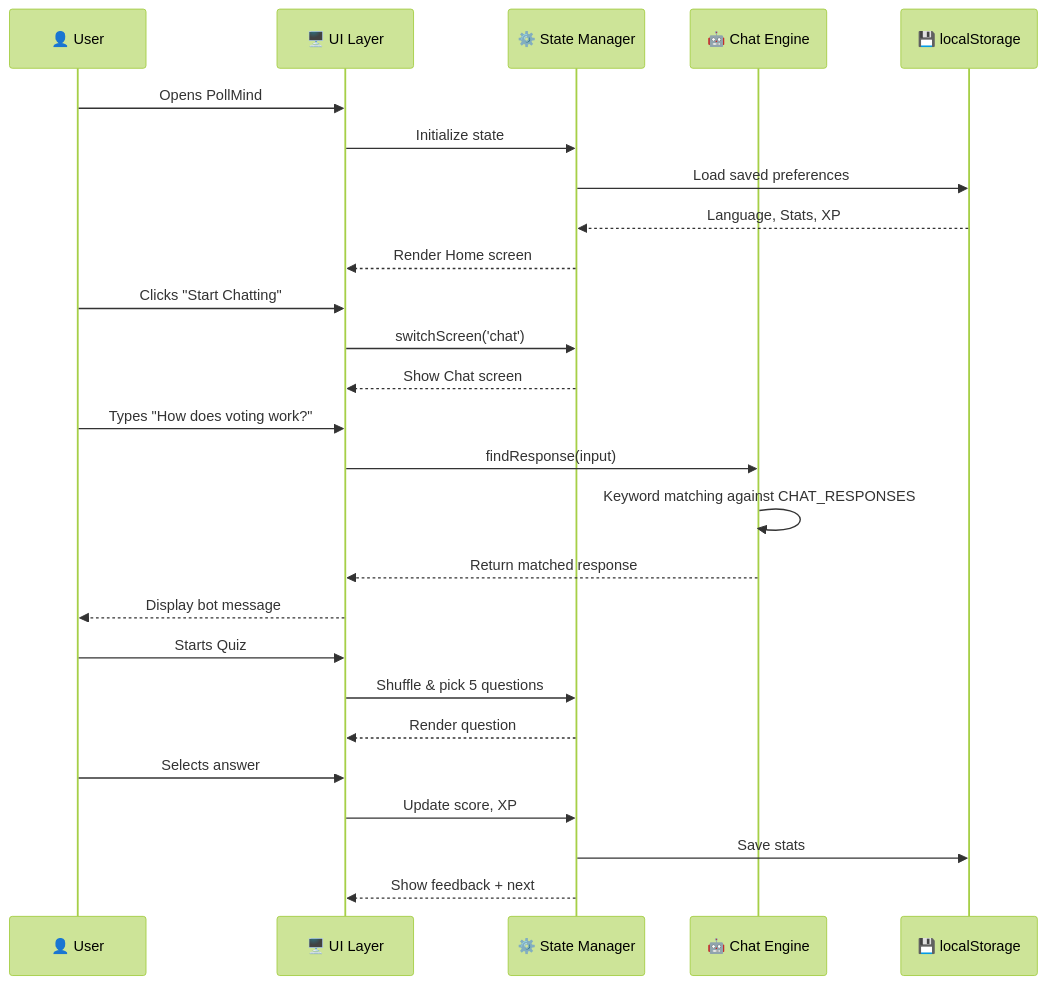
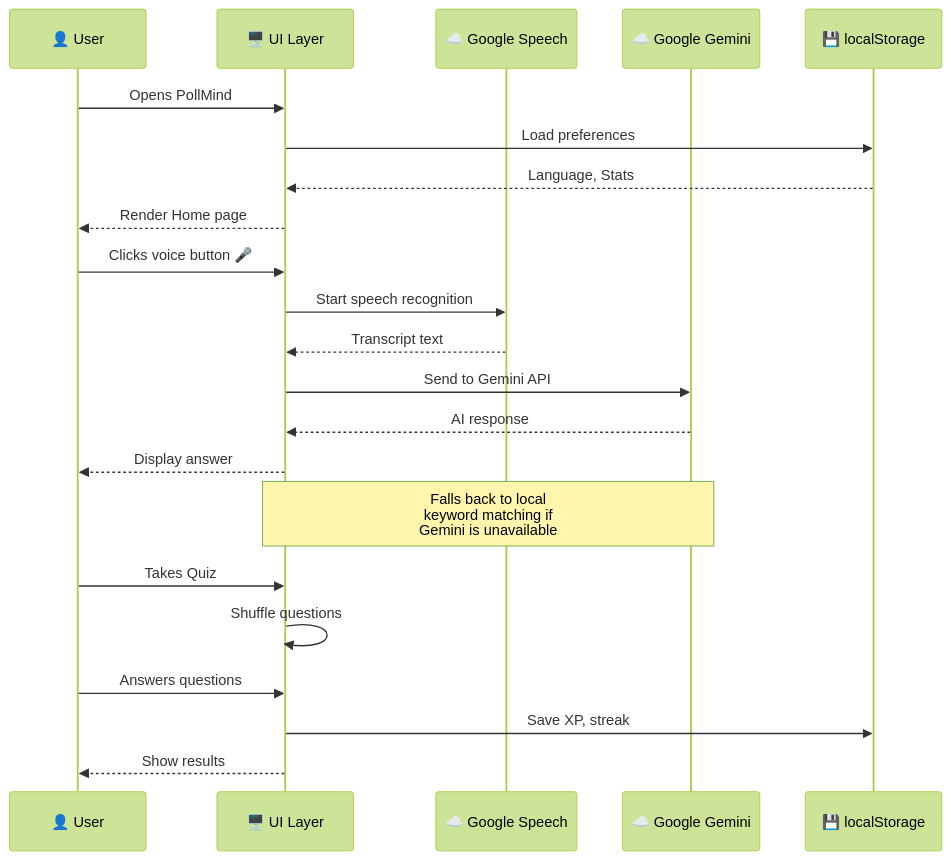
One commit to SupravoCoder/PollMind changed the second of 2 diagrams in README.md. Above: the diagram before and after it, drawn with Mermaid (forest theme). The commit also changed other lines of this file and 5 other files, not shown here.

````diff
--- a/README.md
+++ b/README.md
@@ -83,32 +140,28 @@
 ```mermaid
 sequenceDiagram
     participant U as 👤 User
     participant UI as 🖥️ UI Layer
-    participant SM as ⚙️ State Manager
-    participant AI as 🤖 Chat Engine
+    participant GS as ☁️ Google Speech
+    participant GM as ☁️ Google Gemini
     participant LS as 💾 localStorage
 
     U->>UI: Opens PollMind
-    UI->>SM: Initialize state
-    SM->>LS: Load saved preferences
-    LS-->>SM: Language, Stats, XP
-    SM-->>UI: Render Home screen
+    UI->>LS: Load preferences
+    LS-->>UI: Language, Stats
+    UI-->>U: Render Home page
 
-    U->>UI: Clicks "Start Chatting"
-    UI->>SM: switchScreen('chat')
-    SM-->>UI: Show Chat screen
+    U->>UI: Clicks voice button 🎤
+    UI->>GS: Start speech recognition
+    GS-->>UI: Transcript text
+    UI->>GM: Send to Gemini API
+    GM-->>UI: AI response
+    UI-->>U: Display answer
 
-    U->>UI: Types "How does voting work?"
-    UI->>AI: findResponse(input)
-    AI->>AI: Keyword matching against CHAT_RESPONSES
-    AI-->>UI: Return matched response
-    UI-->>U: Display bot message
+    Note over UI,GM: Falls back to local<br/>keyword matching if<br/>Gemini is unavailable
 
-    U->>UI: Starts Quiz
-    UI->>SM: Shuffle & pick 5 questions
-    SM-->>UI: Render question
-    U->>UI: Selects answer
-    UI->>SM: Update score, XP
-    SM->>LS: Save stats
-    SM-->>UI: Show feedback + next
+    U->>UI: Takes Quiz
+    UI->>UI: Shuffle questions
+    U->>UI: Answers questions
+    UI->>LS: Save XP, streak
+    UI-->>U: Show results
 ```
````
